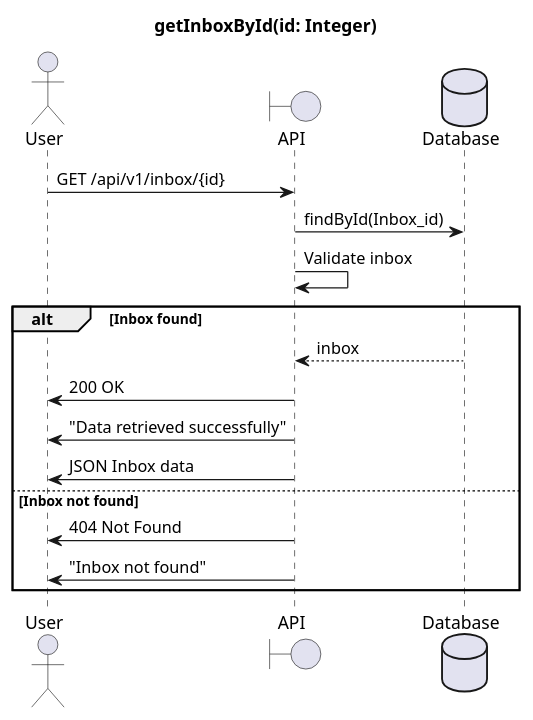
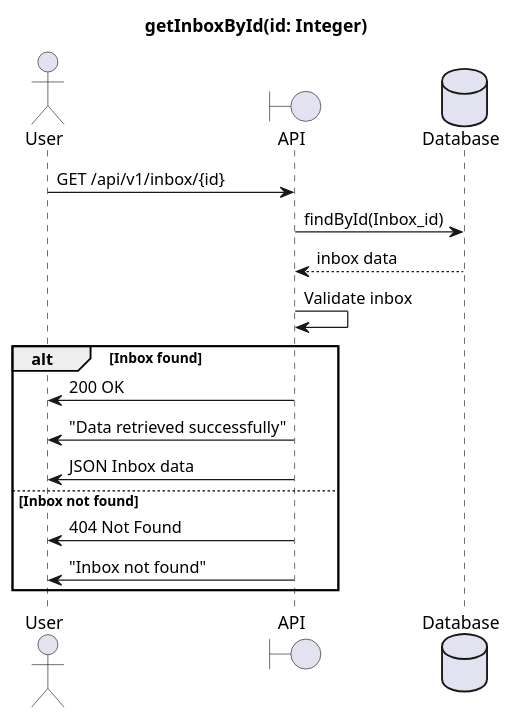
The diagram in PlantUML/Inbox/getInboxById.puml (b6428259/PriorLab1), drawn with PlantUML before and after one commit. The commit also changed 21 other files, not shown here.

```diff
--- a/PlantUML/Inbox/getInboxById.puml
+++ b/PlantUML/Inbox/getInboxById.puml
@@ -1,22 +1,23 @@
 @startuml
 title getInboxById(id: Integer)
 
 actor User as u
 boundary API as a
 database Database as d
 
 u->a : GET /api/v1/inbox/{id}
 a->d: findById(Inbox_id)
+    d-->a : inbox data
 a->a : Validate inbox
 
 alt Inbox found
-    d-->a : inbox
+
     a->u : 200 OK
     a->u : "Data retrieved successfully"
     a->u : JSON Inbox data
 else Inbox not found
     a->u : 404 Not Found
     a->u : "Inbox not found"
 end
 
 @enduml
```
